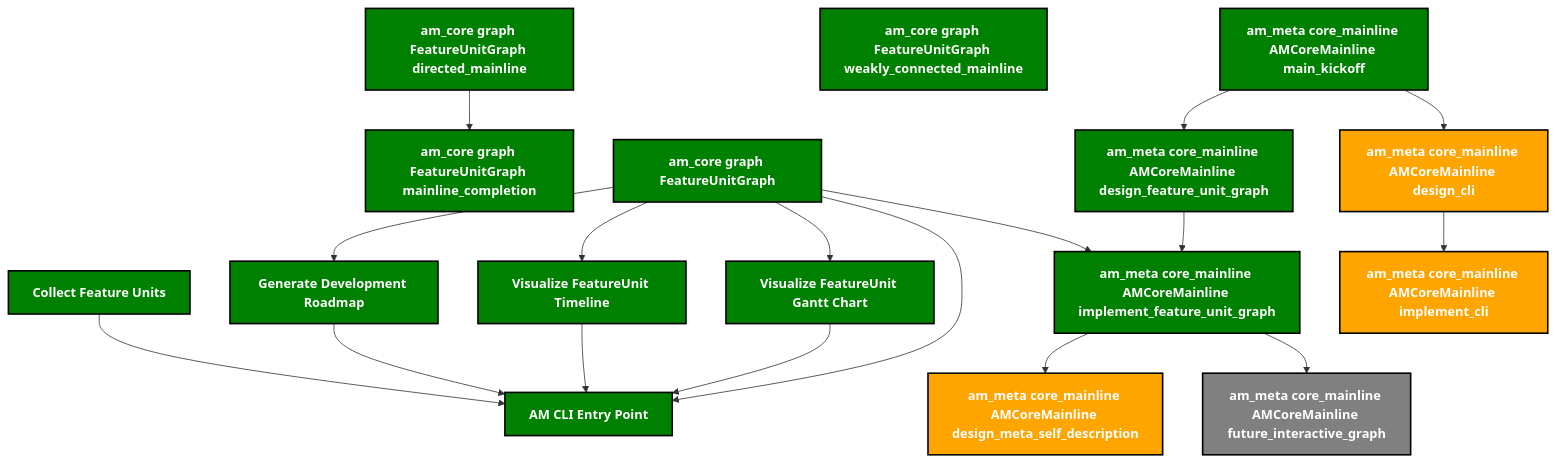
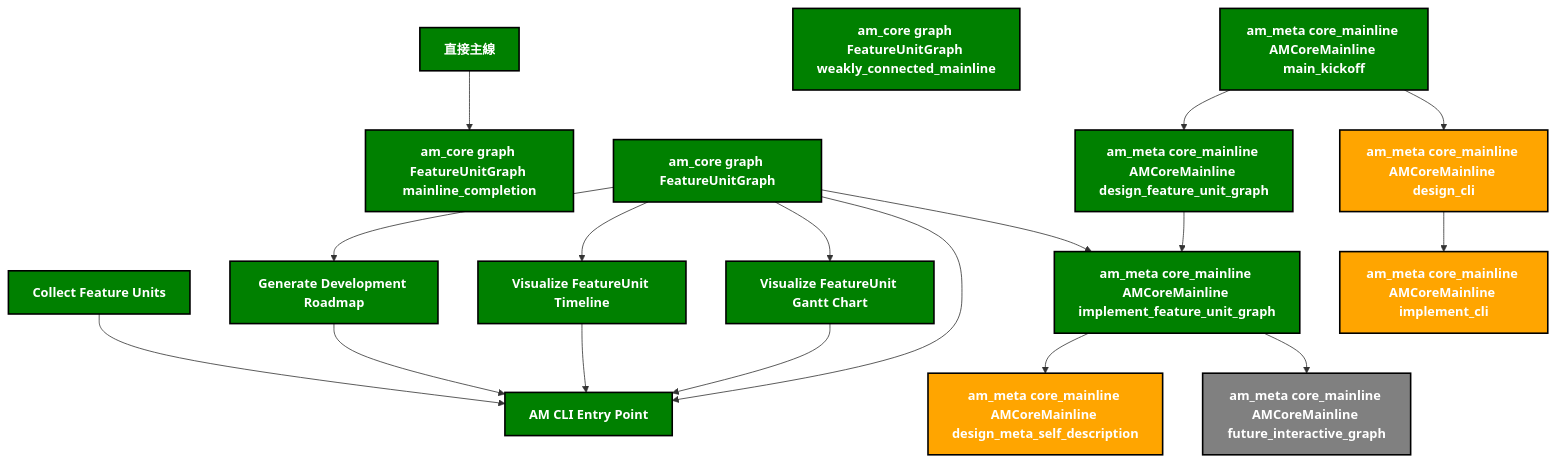
One commit to ychsue/ActionManifold changed the diagram in docs/mermaid.md. Above: the diagram before and after it, drawn with Mermaid. The commit also changed 15 other files, not shown here.

````diff
--- a/docs/mermaid.md
+++ b/docs/mermaid.md
@@ -1,67 +1,67 @@
 ```mermaid
 graph TD
     am_core_feature_collector_collect_feature_units["Collect Feature Units"]
     style am_core_feature_collector_collect_feature_units fill:green,stroke:#333,stroke-width:1px
 style am_core_feature_collector_collect_feature_units fill:green,stroke:#000000,stroke-width:2px,color:#FFFFFF,font-weight:bold
-    am_core_graph_FeatureUnitGraph_directed_mainline["am_core graph FeatureUnitGraph directed_mainline"]
+    am_core_graph_FeatureUnitGraph_directed_mainline["直接主線"]
     style am_core_graph_FeatureUnitGraph_directed_mainline fill:green,stroke:#333,stroke-width:1px
 style am_core_graph_FeatureUnitGraph_directed_mainline fill:green,stroke:#000000,stroke-width:2px,color:#FFFFFF,font-weight:bold
     am_core_graph_FeatureUnitGraph_weakly_connected_mainline["am_core graph FeatureUnitGraph weakly_connected_mainline"]
     style am_core_graph_FeatureUnitGraph_weakly_connected_mainline fill:green,stroke:#333,stroke-width:1px
 style am_core_graph_FeatureUnitGraph_weakly_connected_mainline fill:green,stroke:#000000,stroke-width:2px,color:#FFFFFF,font-weight:bold
     am_core_graph_FeatureUnitGraph_mainline_completion["am_core graph FeatureUnitGraph mainline_completion"]
     style am_core_graph_FeatureUnitGraph_mainline_completion fill:green,stroke:#333,stroke-width:1px
 style am_core_graph_FeatureUnitGraph_mainline_completion fill:green,stroke:#000000,stroke-width:2px,color:#FFFFFF,font-weight:bold
     am_core_graph_FeatureUnitGraph_directed_mainline --> am_core_graph_FeatureUnitGraph_mainline_completion
     am_core_graph_FeatureUnitGraph["am_core graph FeatureUnitGraph"]
     style am_core_graph_FeatureUnitGraph fill:green,stroke:#333,stroke-width:1px
 style am_core_graph_FeatureUnitGraph fill:green,stroke:#000000,stroke-width:2px,color:#FFFFFF,font-weight:bold
     am_core_feature_report_generate_roadmap["Generate Development Roadmap"]
     style am_core_feature_report_generate_roadmap fill:green,stroke:#333,stroke-width:1px
 style am_core_feature_report_generate_roadmap fill:green,stroke:#000000,stroke-width:2px,color:#FFFFFF,font-weight:bold
     am_core_graph_FeatureUnitGraph --> am_core_feature_report_generate_roadmap
     am_core_feature_visualize_visualize_timeline["Visualize FeatureUnit Timeline"]
     style am_core_feature_visualize_visualize_timeline fill:green,stroke:#333,stroke-width:1px
 style am_core_feature_visualize_visualize_timeline fill:green,stroke:#000000,stroke-width:2px,color:#FFFFFF,font-weight:bold
     am_core_graph_FeatureUnitGraph --> am_core_feature_visualize_visualize_timeline
     am_core_feature_visualize_visualize_gantt["Visualize FeatureUnit Gantt Chart"]
     style am_core_feature_visualize_visualize_gantt fill:green,stroke:#333,stroke-width:1px
 style am_core_feature_visualize_visualize_gantt fill:green,stroke:#000000,stroke-width:2px,color:#FFFFFF,font-weight:bold
     am_core_graph_FeatureUnitGraph --> am_core_feature_visualize_visualize_gantt
     am_core_cli_main["AM CLI Entry Point"]
     style am_core_cli_main fill:green,stroke:#333,stroke-width:1px
 style am_core_cli_main fill:green,stroke:#000000,stroke-width:2px,color:#FFFFFF,font-weight:bold
     am_core_feature_collector_collect_feature_units --> am_core_cli_main
     am_core_graph_FeatureUnitGraph --> am_core_cli_main
     am_core_feature_report_generate_roadmap --> am_core_cli_main
     am_core_feature_visualize_visualize_timeline --> am_core_cli_main
     am_core_feature_visualize_visualize_gantt --> am_core_cli_main
     am_meta_core_mainline_AMCoreMainline_main_kickoff["am_meta core_mainline AMCoreMainline main_kickoff"]
     style am_meta_core_mainline_AMCoreMainline_main_kickoff fill:green,stroke:#333,stroke-width:1px
 style am_meta_core_mainline_AMCoreMainline_main_kickoff fill:green,stroke:#000000,stroke-width:2px,color:#FFFFFF,font-weight:bold
     am_meta_core_mainline_AMCoreMainline_design_feature_unit_graph["am_meta core_mainline AMCoreMainline design_feature_unit_graph"]
     style am_meta_core_mainline_AMCoreMainline_design_feature_unit_graph fill:green,stroke:#333,stroke-width:1px
 style am_meta_core_mainline_AMCoreMainline_design_feature_unit_graph fill:green,stroke:#000000,stroke-width:2px,color:#FFFFFF,font-weight:bold
     am_meta_core_mainline_AMCoreMainline_main_kickoff --> am_meta_core_mainline_AMCoreMainline_design_feature_unit_graph
     am_meta_core_mainline_AMCoreMainline_implement_feature_unit_graph["am_meta core_mainline AMCoreMainline implement_feature_unit_graph"]
     style am_meta_core_mainline_AMCoreMainline_implement_feature_unit_graph fill:green,stroke:#333,stroke-width:1px
 style am_meta_core_mainline_AMCoreMainline_implement_feature_unit_graph fill:green,stroke:#000000,stroke-width:2px,color:#FFFFFF,font-weight:bold
     am_meta_core_mainline_AMCoreMainline_design_feature_unit_graph --> am_meta_core_mainline_AMCoreMainline_implement_feature_unit_graph
     am_core_graph_FeatureUnitGraph --> am_meta_core_mainline_AMCoreMainline_implement_feature_unit_graph
     am_meta_core_mainline_AMCoreMainline_design_cli["am_meta core_mainline AMCoreMainline design_cli"]
     style am_meta_core_mainline_AMCoreMainline_design_cli fill:orange,stroke:#333,stroke-width:1px
 style am_meta_core_mainline_AMCoreMainline_design_cli fill:orange,stroke:#000000,stroke-width:2px,color:#FFFFFF,font-weight:bold
     am_meta_core_mainline_AMCoreMainline_main_kickoff --> am_meta_core_mainline_AMCoreMainline_design_cli
     am_meta_core_mainline_AMCoreMainline_implement_cli["am_meta core_mainline AMCoreMainline implement_cli"]
     style am_meta_core_mainline_AMCoreMainline_implement_cli fill:orange,stroke:#333,stroke-width:1px
 style am_meta_core_mainline_AMCoreMainline_implement_cli fill:orange,stroke:#000000,stroke-width:2px,color:#FFFFFF,font-weight:bold
     am_meta_core_mainline_AMCoreMainline_design_cli --> am_meta_core_mainline_AMCoreMainline_implement_cli
     am_meta_core_mainline_AMCoreMainline_design_meta_self_description["am_meta core_mainline AMCoreMainline design_meta_self_description"]
     style am_meta_core_mainline_AMCoreMainline_design_meta_self_description fill:orange,stroke:#333,stroke-width:1px
 style am_meta_core_mainline_AMCoreMainline_design_meta_self_description fill:orange,stroke:#000000,stroke-width:2px,color:#FFFFFF,font-weight:bold
     am_meta_core_mainline_AMCoreMainline_implement_feature_unit_graph --> am_meta_core_mainline_AMCoreMainline_design_meta_self_description
     am_meta_core_mainline_AMCoreMainline_future_interactive_graph["am_meta core_mainline AMCoreMainline future_interactive_graph"]
     style am_meta_core_mainline_AMCoreMainline_future_interactive_graph fill:gray,stroke:#333,stroke-width:1px
 style am_meta_core_mainline_AMCoreMainline_future_interactive_graph fill:gray,stroke:#000000,stroke-width:2px,color:#FFFFFF,font-weight:bold
     am_meta_core_mainline_AMCoreMainline_implement_feature_unit_graph --> am_meta_core_mainline_AMCoreMainline_future_interactive_graph
 ```
````
